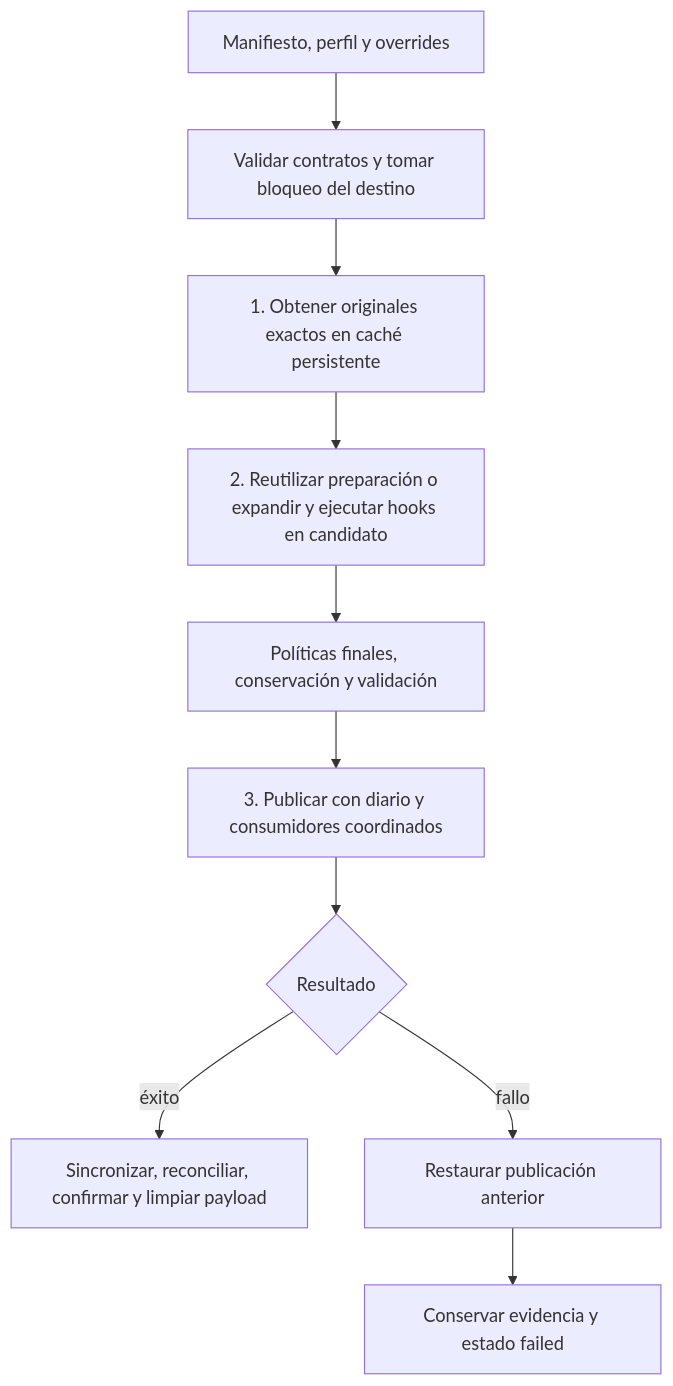
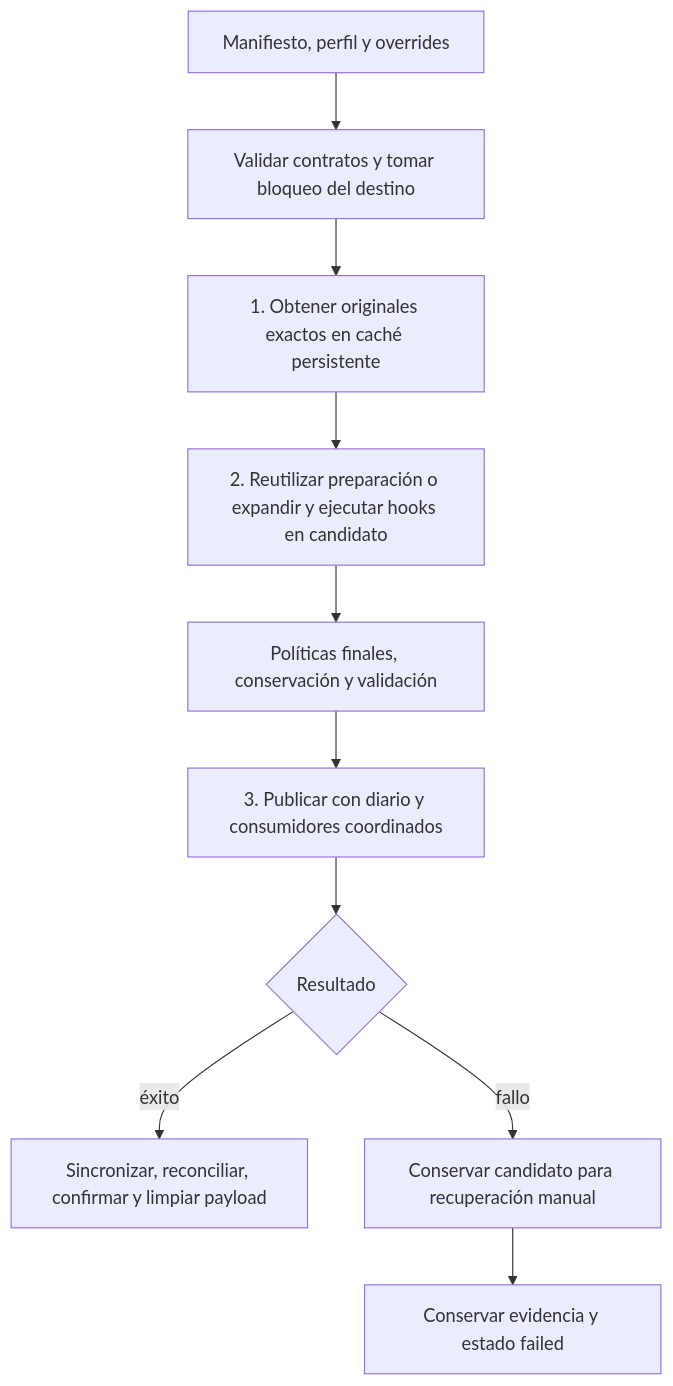
One commit to AoC-Gamers/Docker-L4D2-Competitive changed the second of 2 diagrams in docs/flowcharts.md. Above: the diagram before and after it, drawn with Mermaid. The commit also changed other lines of this file and 29 other files, not shown here.

````diff
--- a/docs/flowcharts.md
+++ b/docs/flowcharts.md
@@ -23,12 +25,12 @@
 ```mermaid
 graph TD
     A[Manifiesto, perfil y overrides] --> B[Validar contratos y tomar bloqueo del destino]
     B --> C[1. Obtener originales exactos en caché persistente]
     C --> D[2. Reutilizar preparación o expandir y ejecutar hooks en candidato]
     D --> E[Políticas finales, conservación y validación]
     E --> F[3. Publicar con diario y consumidores coordinados]
     F --> G{Resultado}
     G -->|éxito| H[Sincronizar, reconciliar, confirmar y limpiar payload]
-    G -->|fallo| I[Restaurar publicación anterior]
+    G -->|fallo| I[Conservar candidato para recuperación manual]
     I --> J[Conservar evidencia y estado failed]
 ```
````
